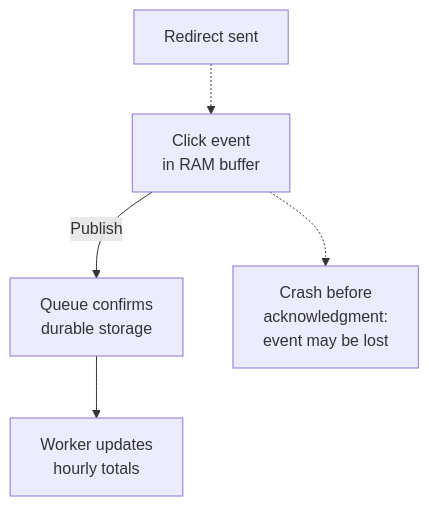
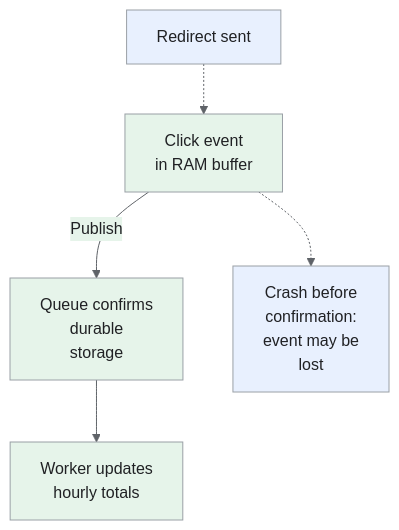
The seventh of 7 diagrams in _designs/system-design-bitly-url-shortener.md (iliazlobin/iliazlobin.github.io), drawn with Mermaid before and after one commit. The commit also changed other lines of this file and 131 other files, not shown here.

````diff
--- a/_designs/system-design-bitly-url-shortener.md
+++ b/_designs/system-design-bitly-url-shortener.md
@@ -495,7 +579,13 @@
 ```mermaid
+%%{init: {"theme":"base","themeVariables":{"primaryColor":"#e8f0fe","primaryBorderColor":"#9aa0a6","primaryTextColor":"#202124","secondaryColor":"#e6f4ea","tertiaryColor":"#fef7e0","lineColor":"#5f6368","actorBkg":"#e8f0fe","actorBorder":"#9aa0a6","actorTextColor":"#202124","noteBkgColor":"#fef7e0","noteBorderColor":"#9aa0a6","noteTextColor":"#202124","signalColor":"#5f6368","signalTextColor":"#202124"}}}%%
 flowchart TB
     Response["Redirect sent"] -.-> Buffer["Click event<br>in RAM buffer"]
-    Buffer -->|"Publish"| Queue["Queue confirms<br>durable storage"]
+    Buffer -->|"Publish"| Queue["Queue confirms<br>durable<br>storage"]
     Queue --> Worker["Worker updates<br>hourly totals"]
-    Buffer -.-> Loss["Crash before<br>acknowledgment:<br>event may be lost"]
+    Buffer -.-> Loss["Crash before<br>confirmation:<br>event may be<br>lost"]
+  classDef request fill:#e8f0fe,stroke:#9aa0a6,color:#202124,stroke-width:1px
+  classDef background fill:#e6f4ea,stroke:#9aa0a6,color:#202124,stroke-width:1px
+  classDef control fill:#fef7e0,stroke:#9aa0a6,color:#202124,stroke-width:1px
+  class Response,Loss request
+  class Buffer,Queue,Worker background
 ```
````
